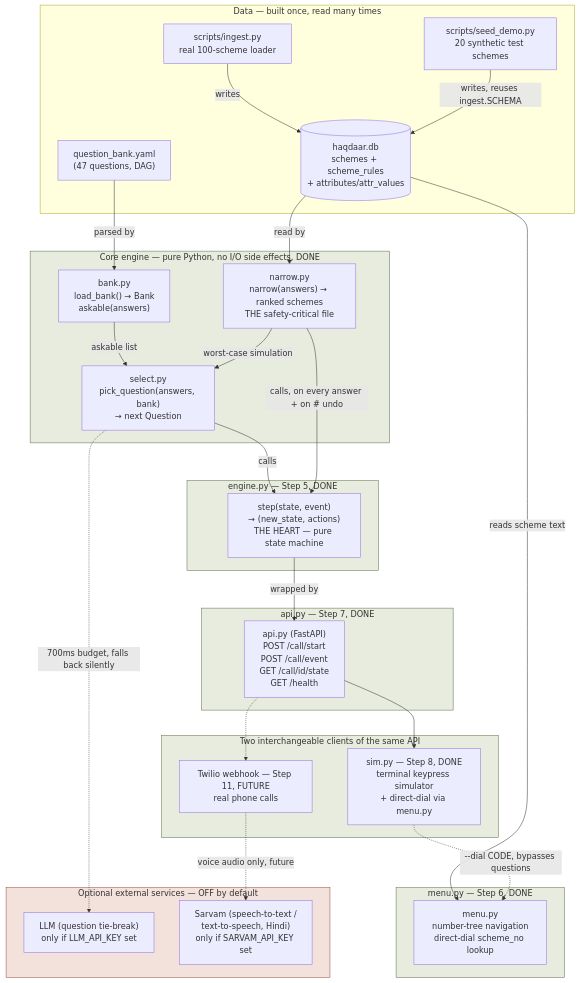
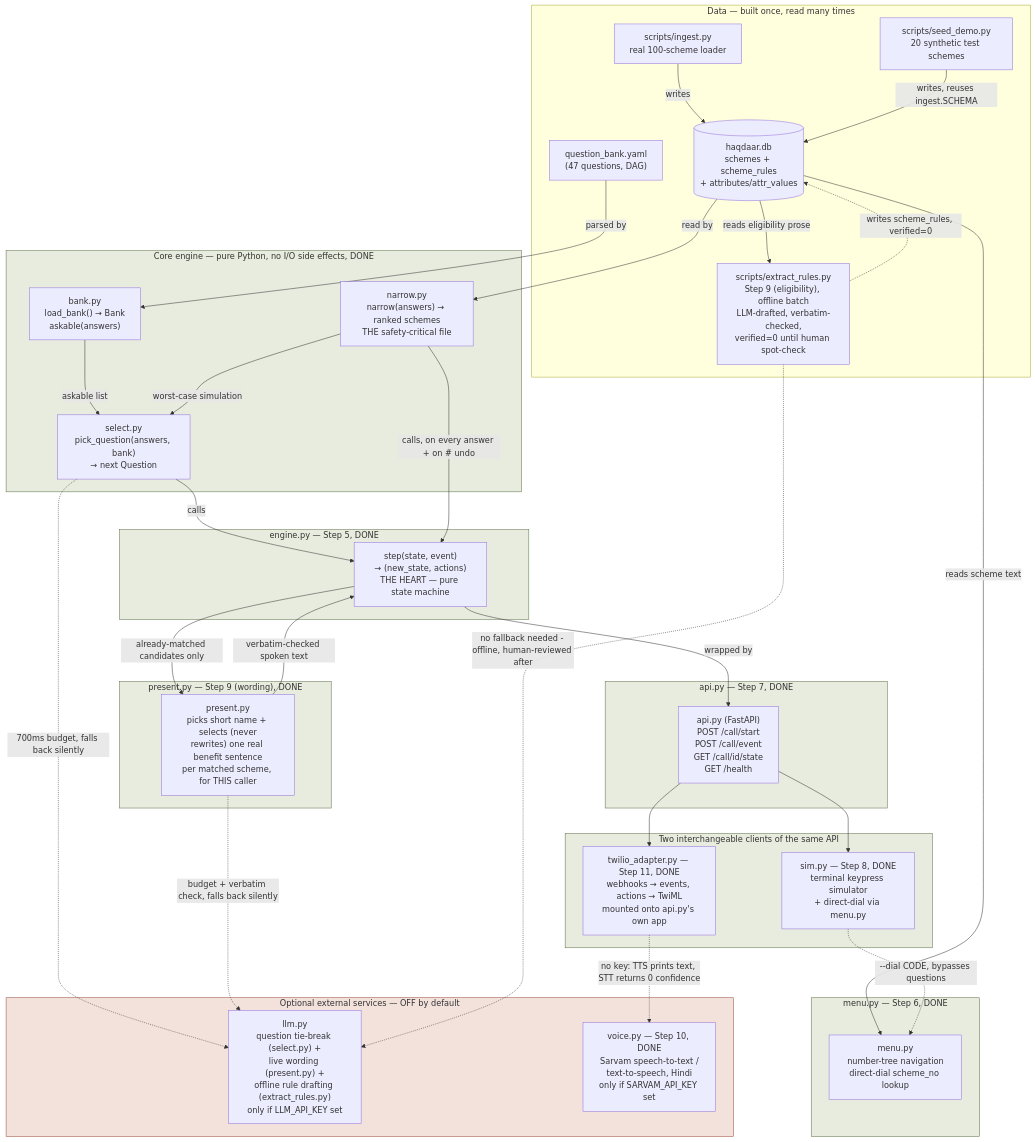
Before and after one commit to agarwaladarshcoding-maker/haqdaar-call-bot: the diagram in ARCHITECTURE.md, drawn with Mermaid. The commit also changed other lines of this file and 23 other files, not shown here.

````diff
--- a/ARCHITECTURE.md
+++ b/ARCHITECTURE.md
@@ -26,59 +34,71 @@
 ```mermaid
 flowchart TB
     subgraph data["Data — built once, read many times"]
         YAML["question_bank.yaml<br/>(47 questions, DAG)"]
         SQLITE[("haqdaar.db<br/>schemes + scheme_rules<br/>+ attributes/attr_values")]
         INGEST["scripts/ingest.py<br/>real 100-scheme loader"]
         SEED["scripts/seed_demo.py<br/>20 synthetic test schemes"]
+        EXTRACT["scripts/extract_rules.py<br/>Step 9 (eligibility), offline batch<br/>LLM-drafted, verbatim-checked,<br/>verified=0 until human spot-check"]
         INGEST -->|writes| SQLITE
         SEED -->|writes, reuses ingest.SCHEMA| SQLITE
+        SQLITE -->|reads eligibility prose| EXTRACT
+        EXTRACT -.->|writes scheme_rules, verified=0| SQLITE
     end
 
     subgraph core["Core engine — pure Python, no I/O side effects, DONE"]
         BANK["bank.py<br/>load_bank() → Bank<br/>askable(answers)"]
         NARROW["narrow.py<br/>narrow(answers) → ranked schemes<br/>THE safety-critical file"]
         SELECT["select.py<br/>pick_question(answers, bank)<br/>→ next Question"]
         YAML -->|parsed by| BANK
         SQLITE -->|read by| NARROW
         BANK -->|askable list| SELECT
         NARROW -->|worst-case simulation| SELECT
     end
 
     subgraph heart["engine.py — Step 5, DONE"]
         ENGINE["step(state, event)<br/>→ (new_state, actions)<br/>THE HEART — pure state machine"]
         SELECT -->|calls| ENGINE
         NARROW -->|calls, on every answer + on # undo| ENGINE
     end
 
+    subgraph presenting["present.py — Step 9 (wording), DONE"]
+        PRESENT["present.py<br/>picks short name + selects (never<br/>rewrites) one real benefit sentence<br/>per matched scheme, for THIS caller"]
+        ENGINE -->|already-matched candidates only| PRESENT
+        PRESENT -->|verbatim-checked spoken text| ENGINE
+    end
+
     subgraph menu_layer["menu.py — Step 6, DONE"]
         MENU["menu.py<br/>number-tree navigation<br/>direct-dial scheme_no lookup"]
         SQLITE -->|reads scheme text| MENU
     end
 
     subgraph surface["api.py — Step 7, DONE"]
         API["api.py (FastAPI)<br/>POST /call/start<br/>POST /call/event<br/>GET /call/id/state<br/>GET /health"]
         ENGINE -->|wrapped by| API
     end
 
     subgraph clients["Two interchangeable clients of the same API"]
         SIM["sim.py — Step 8, DONE<br/>terminal keypress simulator<br/>+ direct-dial via menu.py"]
-        TWILIO["Twilio webhook — Step 11, FUTURE<br/>real phone calls"]
+        TWILIO["twilio_adapter.py — Step 11, DONE<br/>webhooks → events, actions → TwiML<br/>mounted onto api.py's own app"]
         API --> SIM
         SIM -.->|--dial CODE, bypasses questions| MENU
-        API -.-> TWILIO
+        API --> TWILIO
     end
 
     subgraph optional["Optional external services — OFF by default"]
-        LLM["LLM (question tie-break)<br/>only if LLM_API_KEY set"]
-        SARVAM["Sarvam (speech-to-text /<br/>text-to-speech, Hindi)<br/>only if SARVAM_API_KEY set"]
+        LLM["llm.py<br/>question tie-break (select.py) +<br/>live wording (present.py) +<br/>offline rule drafting (extract_rules.py)<br/>only if LLM_API_KEY set"]
+        SARVAM["voice.py — Step 10, DONE<br/>Sarvam speech-to-text /<br/>text-to-speech, Hindi<br/>only if SARVAM_API_KEY set"]
         SELECT -.->|700ms budget, falls back silently| LLM
-        TWILIO -.->|voice audio only, future| SARVAM
+        PRESENT -.->|budget + verbatim check, falls back silently| LLM
+        EXTRACT -.->|no fallback needed - offline, human-reviewed after| LLM
+        TWILIO -.->|no key: TTS prints text, STT returns 0 confidence| SARVAM
     end
 
     style core fill:#e7ecde,stroke:#5c7048
     style heart fill:#e7ecde,stroke:#5c7048
+    style presenting fill:#e7ecde,stroke:#5c7048
     style menu_layer fill:#e7ecde,stroke:#5c7048
     style surface fill:#e7ecde,stroke:#5c7048
     style clients fill:#e7ecde,stroke:#5c7048
     style optional fill:#f3e2dc,stroke:#9b4a3a
 ```
````
